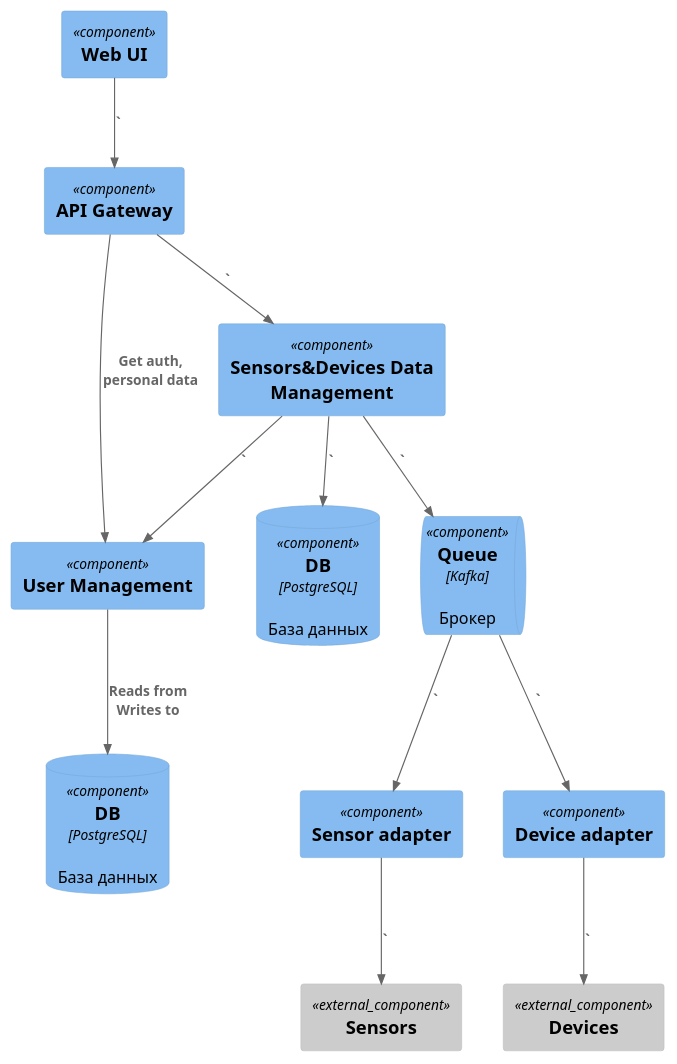
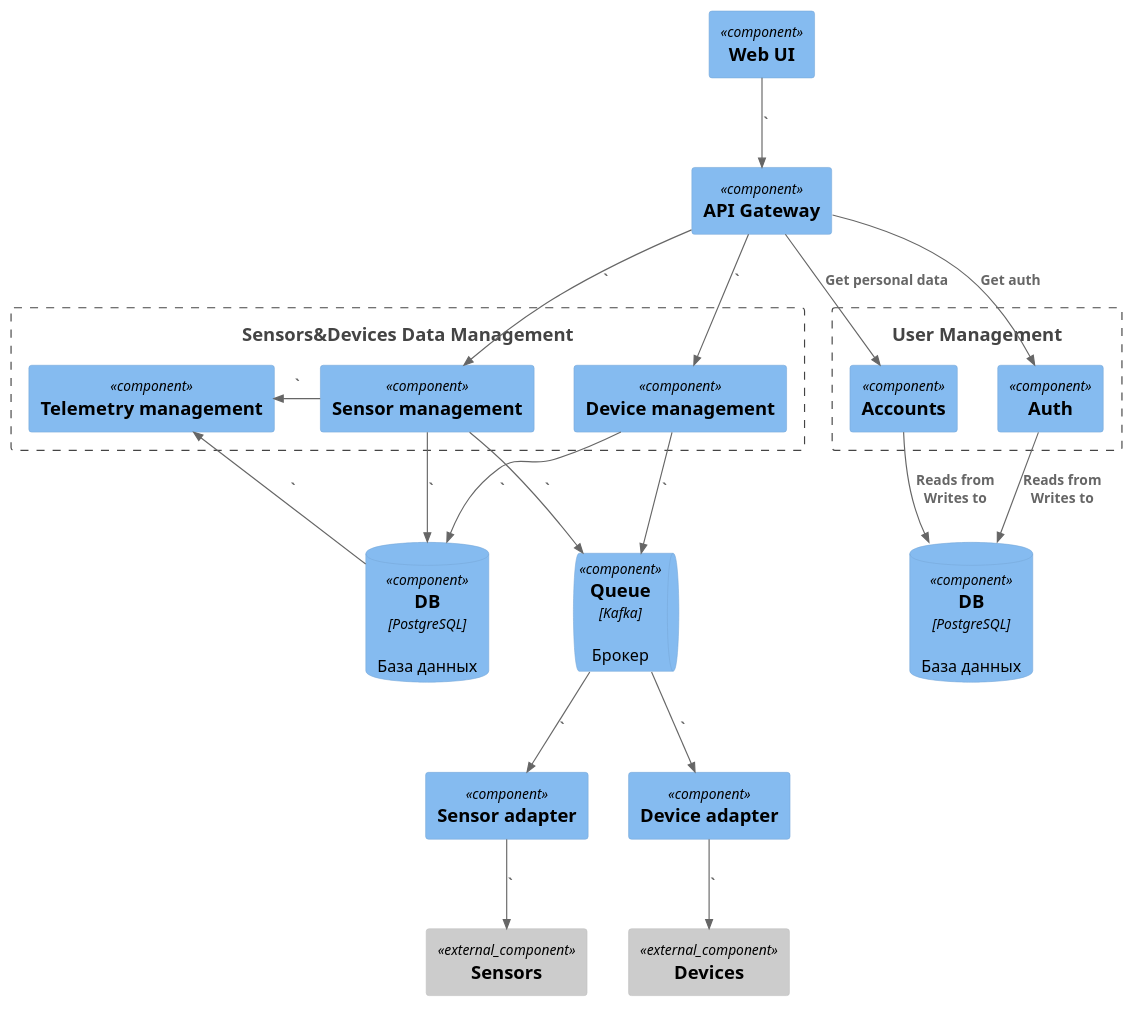
Before and after one commit to kvrasuli/architecture-sprint-3: the diagram in diagrams/component.puml, drawn with PlantUML. The commit also changed 5 other files, not shown here.

Commit message:
Fix diagrams

```diff
--- a/diagrams/component.puml
+++ b/diagrams/component.puml
@@ -1,29 +1,45 @@
 @startuml C4_Elements
 !include https://raw.githubusercontent.com/plantuml-stdlib/C4-PlantUML/master/C4_Component.puml
 
+Boundary(um, "User Management")  {
+    Component(acc, "Accounts")
+    Component(auth, "Auth")
+}
+
+Boundary(sd, "Sensors&Devices Data Management")  {
+    Component(tm, "Telemetry management")
+    Component(dm, "Device management")
+    Component(sm, "Sensor management")
+}
+
 Component(web_ui, Web UI)
 Component(api_gw, API Gateway)
-Component(users, User Management)
-Component(sensors_devices, Sensors&Devices Data Management)
 Component(sensor_adapter, Sensor adapter)
 Component(device_adapter, Device adapter)
 Component_Ext(sensors, Sensors)
 Component_Ext(devices, Devices)
 
 ComponentDb(users_db, "DB", "PostgreSQL", "База данных")
 ComponentDb(sensors_devices_db, "DB", "PostgreSQL", "База данных")
 ComponentQueue(queue, "Queue", "Kafka", "Брокер")
 
 Rel(web_ui, api_gw, "`")
-Rel(api_gw, users, "Get auth,\npersonal data")
-Rel(api_gw, sensors_devices, "`")
-Rel(sensors_devices, queue, "`")
-Rel(sensors_devices, users, "`")
-Rel(sensors_devices, sensors_devices_db, "`")
-Rel(users, users_db, "Reads from\nWrites to")
+Rel(api_gw, acc, "Get personal data")
+Rel(api_gw, auth, "Get auth")
+Rel(api_gw, sm, "`")
+Rel(api_gw, dm, "`")
+Rel(sm, queue, "`")
+Rel(dm, queue, "`")
+
+Rel(dm, sensors_devices_db, "`")
+Rel(sm, sensors_devices_db, "`")
+Rel(sensors_devices_db, tm, "`")
+Rel(acc, users_db, "Reads from\nWrites to")
+Rel(auth, users_db, "Reads from\nWrites to")
+Rel_R(sm, tm, "`")
 Rel(queue, sensor_adapter, "`")
 Rel(queue, device_adapter, "`")
 Rel(sensor_adapter, sensors, "`")
 Rel(device_adapter, devices, "`")
 
 @enduml
```
